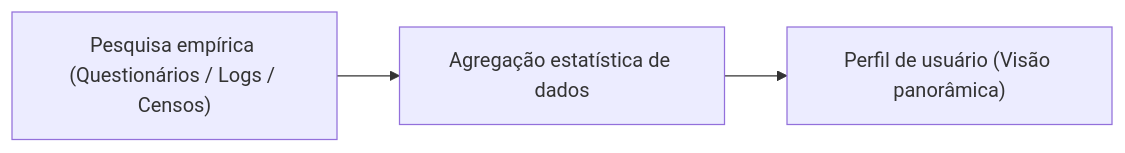
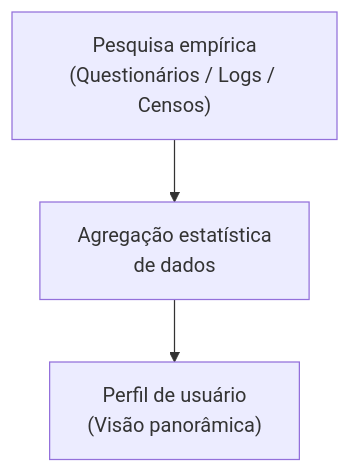
One commit to leorruas/puc changed the second of 4 diagrams in 08. Design de Interacao/12. Modelagem de usuário - perfil, persona e mapa de empatia.md. Above: the diagram before and after it, drawn with Mermaid. The commit also changed 8 other files, not shown here.

Commit message:
style(mermaid): refactor diagrams to vertical TD flow and add Mermaid guidelines to AGENTS.md

````diff
--- a/08. Design de Interacao/12. Modelagem de usuário - perfil, persona e mapa de empatia.md
+++ b/08. Design de Interacao/12. Modelagem de usuário - perfil, persona e mapa de empatia.md
@@ -73,4 +73,5 @@
 ```mermaid
-graph LR
-    Pesquisa["Pesquisa empírica (Questionários / Logs / Censos)"] --> Sintese["Agregação estatística de dados"] --> Perfil["Perfil de usuário (Visão panorâmica)"]
+graph TD
+    Pesquisa["Pesquisa empírica<br>(Questionários / Logs / Censos)"] --> Sintese["Agregação estatística<br>de dados"]
+    Sintese --> Perfil["Perfil de usuário<br>(Visão panorâmica)"]
 ```
````
